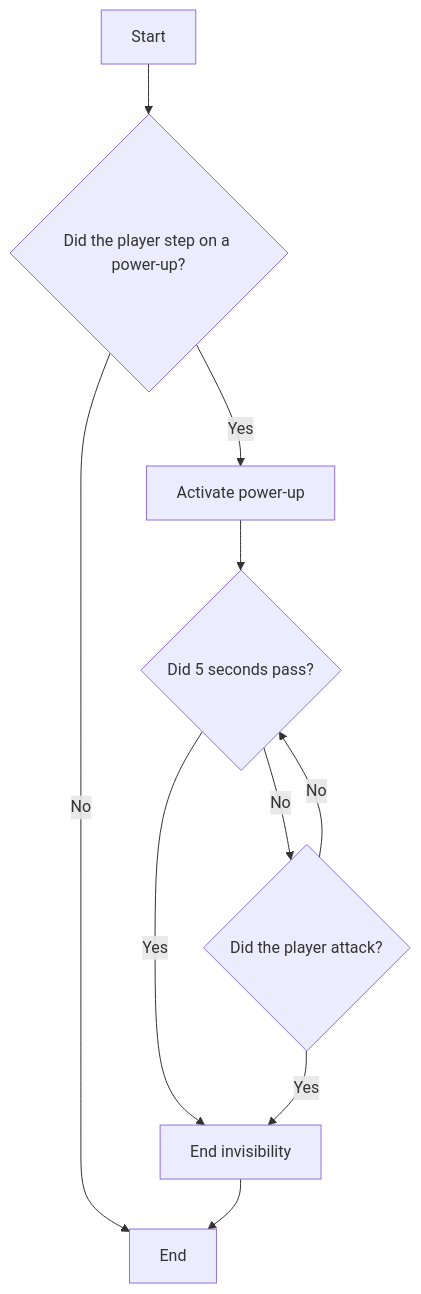
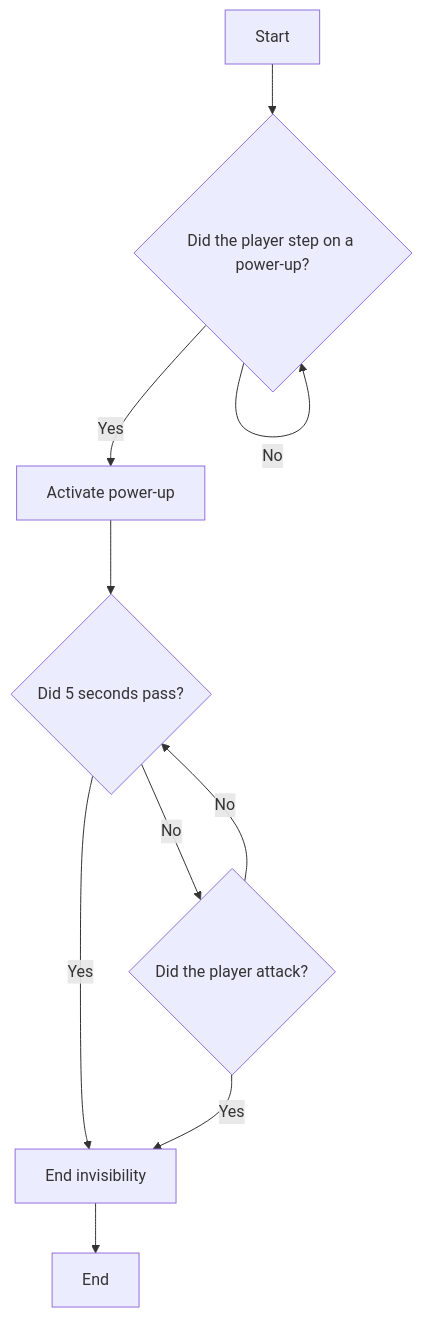
One commit to lrwham/mrwillingham-com changed the diagram in content/scratch/week-2/day-8/example/index.md. Above: the diagram before and after it, drawn with Mermaid.

````diff
--- a/content/scratch/week-2/day-8/example/index.md
+++ b/content/scratch/week-2/day-8/example/index.md
@@ -9,19 +9,19 @@
 ```mermaid
 flowchart TD
     A[Start]
     B{Did the player step on a power-up?}
     C[Activate power-up]
     D{Did 5 seconds pass?}
     E{Did the player attack?}
     F[End invisibility]
     G[End]
     A --> B
     B -- Yes --> C
-    B -- No --> G
+    B -- No --> B
     C --> D
     D -- Yes --> F
     D -- No --> E
     E -- Yes --> F
     E -- No --> D
     F --> G
 ```
````
